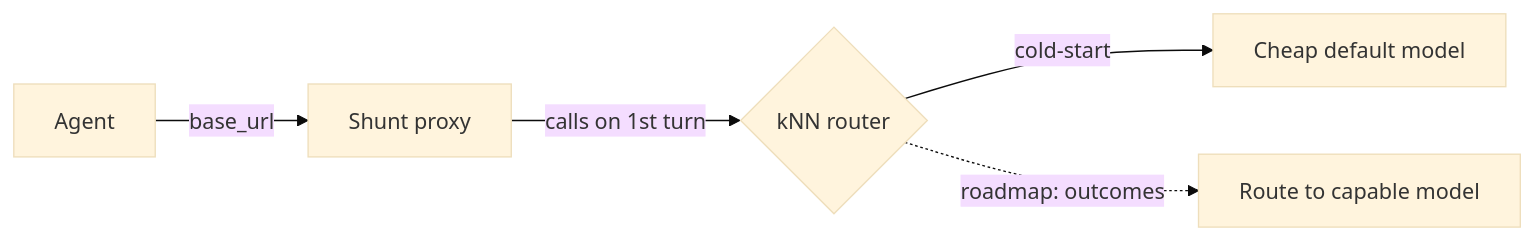
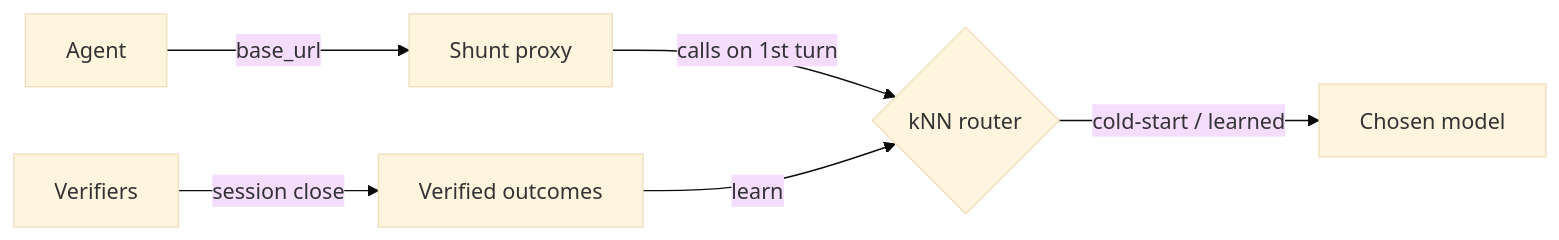
The diagram in docs/index.md (KookaS/shunt), drawn with Mermaid (base theme) before and after one commit. The commit also changed other lines of this file and 121 other files, not shown here.

````diff
--- a/docs/index.md
+++ b/docs/index.md
@@ -18,7 +19,8 @@
 ```mermaid
 graph LR
   A[Agent] -->|base_url| B[Shunt proxy]
   B -->|calls on 1st turn| C{kNN router}
-  C -->|cold-start| D[Cheap default model]
-  C -.->|roadmap: outcomes| E[Route to capable model]
+  C -->|cold-start / learned| D[Chosen model]
+  V[Verifiers] -->|session close| R[Verified outcomes]
+  R -->|learn| C
 ```
````
